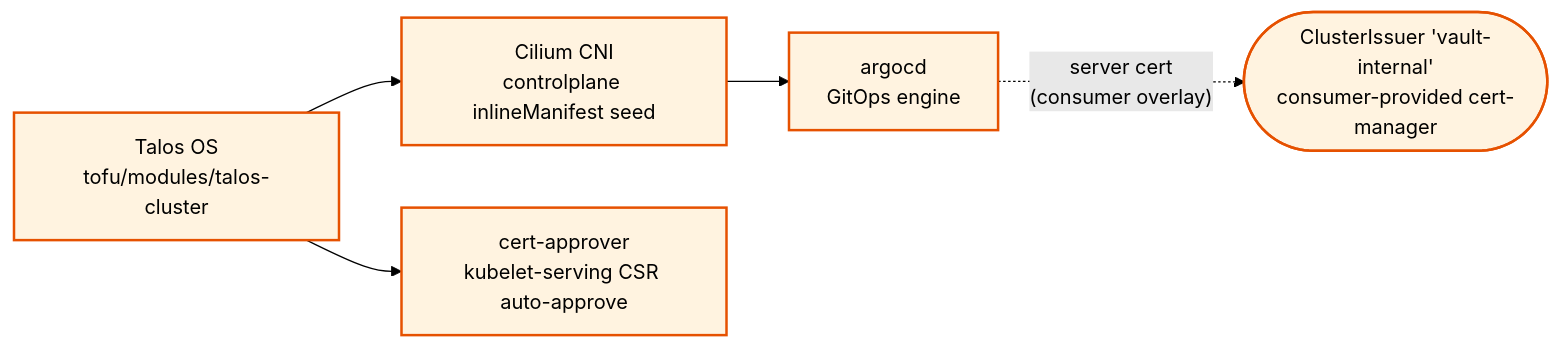
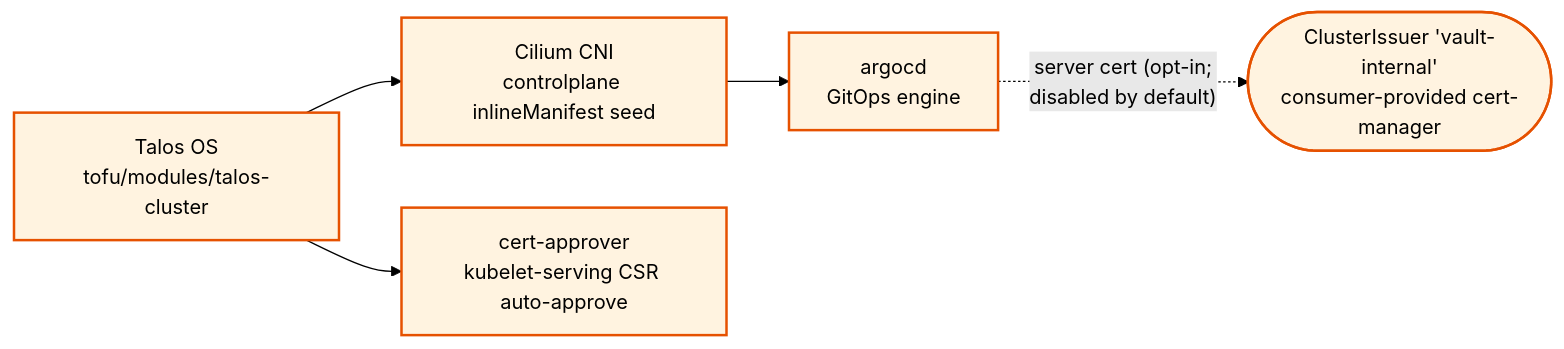
One commit to Nosmoht/talos-platform-base changed the diagram in docs/component-dependencies.md. Above: the diagram before and after it, drawn with Mermaid (forest theme). The commit also changed other lines of this file and 4 other files, not shown here.

````diff
--- a/docs/component-dependencies.md
+++ b/docs/component-dependencies.md
@@ -37,17 +37,17 @@
 ```mermaid
 graph LR
   classDef boot fill:#fff3e0,stroke:#e65100,color:#000,stroke-width:2px
 
   %% Substrate boot/prereq chain --------------------------------------
   talos["Talos OS<br/>tofu/modules/talos-cluster"]:::boot
   cilium["Cilium CNI<br/>controlplane inlineManifest seed"]:::boot
   argocd["argocd<br/>GitOps engine"]:::boot
   cert-approver["cert-approver<br/>kubelet-serving CSR auto-approve"]:::boot
 
   talos --> cilium --> argocd
   talos --> cert-approver
 
-  %% Consumer-provided dependency (out-of-base, dotted) ---------------
+  %% Opt-in dependency (disabled by default, out-of-base, dotted) -----
   issuer(["ClusterIssuer 'vault-internal'<br/>consumer-provided cert-manager"]):::boot
-  argocd -. "server cert<br/>(consumer overlay)" .-> issuer
+  argocd -. "server cert (opt-in;<br/>disabled by default)" .-> issuer
 ```
````
